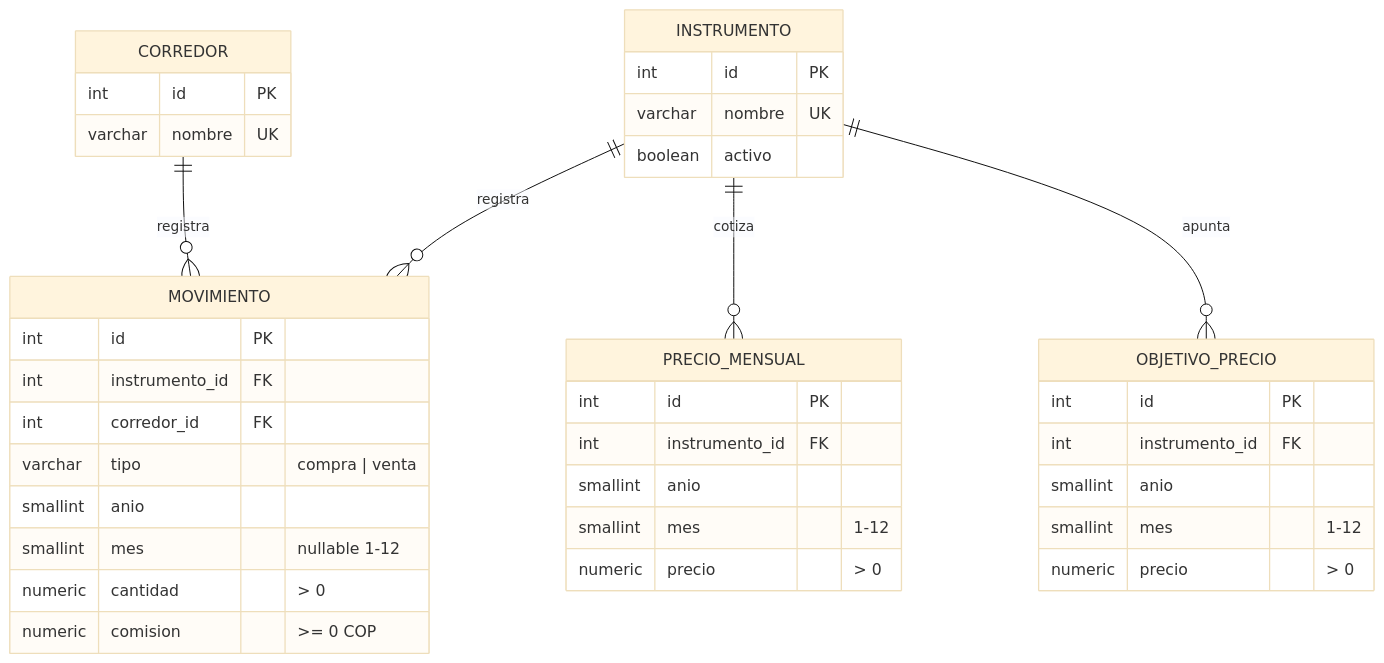
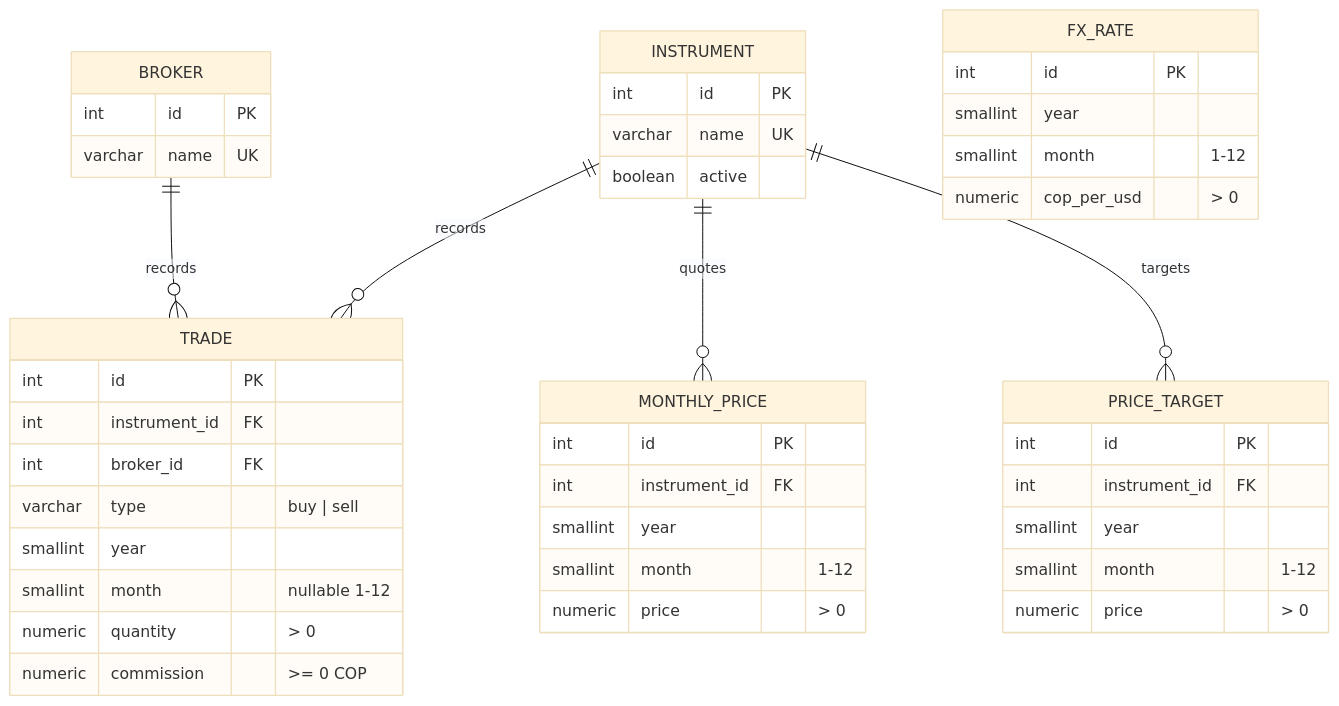
One commit to sebasvalencia/stocks changed the third of 5 diagrams in README.md. Above: the diagram before and after it, drawn with Mermaid (base theme). The commit also changed other lines of this file and 52 other files, not shown here.

Commit message:
feat: show the app in es/en/it and keep COP while viewing USD via monthly TRM

````diff
--- a/README.md
+++ b/README.md
@@ -314,41 +320,47 @@
 ```mermaid
 erDiagram
-  CORREDOR {
+  BROKER {
     int id PK
-    varchar nombre UK
+    varchar name UK
   }
-  INSTRUMENTO {
+  INSTRUMENT {
     int id PK
-    varchar nombre UK
-    boolean activo
+    varchar name UK
+    boolean active
   }
-  MOVIMIENTO {
+  TRADE {
     int id PK
-    int instrumento_id FK
-    int corredor_id FK
-    varchar tipo "compra | venta"
-    smallint anio
-    smallint mes "nullable 1-12"
-    numeric cantidad "> 0"
-    numeric comision ">= 0 COP"
+    int instrument_id FK
+    int broker_id FK
+    varchar type "buy | sell"
+    smallint year
+    smallint month "nullable 1-12"
+    numeric quantity "> 0"
+    numeric commission ">= 0 COP"
   }
-  PRECIO_MENSUAL {
+  MONTHLY_PRICE {
     int id PK
-    int instrumento_id FK
-    smallint anio
-    smallint mes "1-12"
-    numeric precio "> 0"
+    int instrument_id FK
+    smallint year
+    smallint month "1-12"
+    numeric price "> 0"
   }
-  OBJETIVO_PRECIO {
+  PRICE_TARGET {
     int id PK
-    int instrumento_id FK
-    smallint anio
-    smallint mes "1-12"
-    numeric precio "> 0"
+    int instrument_id FK
+    smallint year
+    smallint month "1-12"
+    numeric price "> 0"
+  }
+  FX_RATE {
+    int id PK
+    smallint year
+    smallint month "1-12"
+    numeric cop_per_usd "> 0"
   }
 
-  CORREDOR ||--o{ MOVIMIENTO : registra
-  INSTRUMENTO ||--o{ MOVIMIENTO : registra
-  INSTRUMENTO ||--o{ PRECIO_MENSUAL : cotiza
-  INSTRUMENTO ||--o{ OBJETIVO_PRECIO : apunta
+  BROKER ||--o{ TRADE : records
+  INSTRUMENT ||--o{ TRADE : records
+  INSTRUMENT ||--o{ MONTHLY_PRICE : quotes
+  INSTRUMENT ||--o{ PRICE_TARGET : targets
 ```
````
